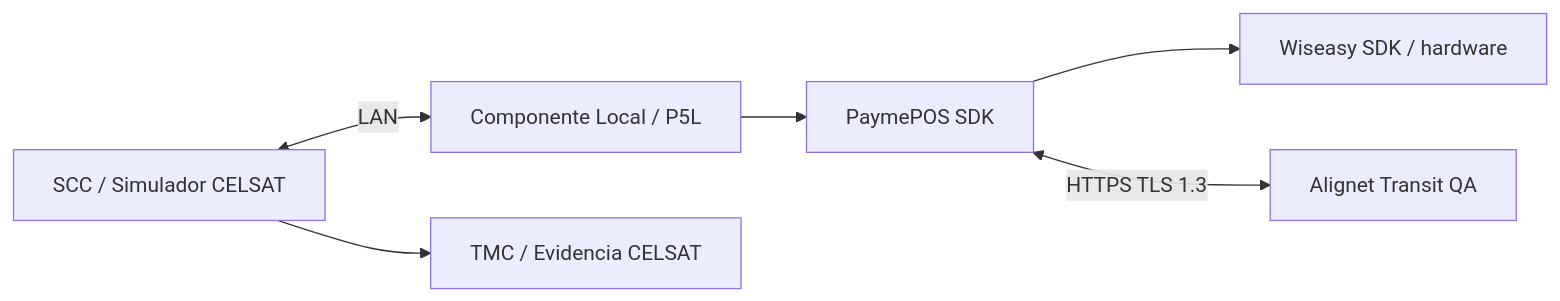
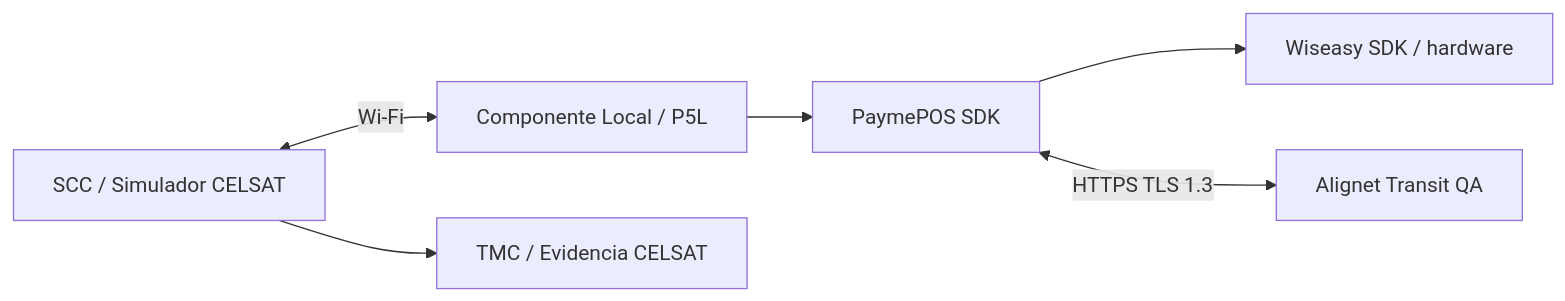
The diagram in procesamiento-fisico/alignet-transit/integradores/celsat/qa-uat.mdx (alignet-docs/alignet-developers), drawn with Mermaid before and after one commit. The commit also changed other lines of this file and 13 other files, not shown here.

````diff
--- a/procesamiento-fisico/alignet-transit/integradores/celsat/qa-uat.mdx
+++ b/procesamiento-fisico/alignet-transit/integradores/celsat/qa-uat.mdx
@@ -40,8 +37,8 @@
 ```mermaid
 flowchart LR
-    SCC[SCC / Simulador CELSAT] <-->|LAN| LOCAL[Componente Local / P5L]
+    SCC[SCC / Simulador CELSAT] <-->|Wi-Fi| LOCAL[Componente Local / P5L]
     LOCAL --> PAYME[PaymePOS SDK]
     PAYME --> WISEASY[Wiseasy SDK / hardware]
     PAYME <-->|HTTPS TLS 1.3| QA[Alignet Transit QA]
     SCC --> TMC[TMC / Evidencia CELSAT]
 ```
````
